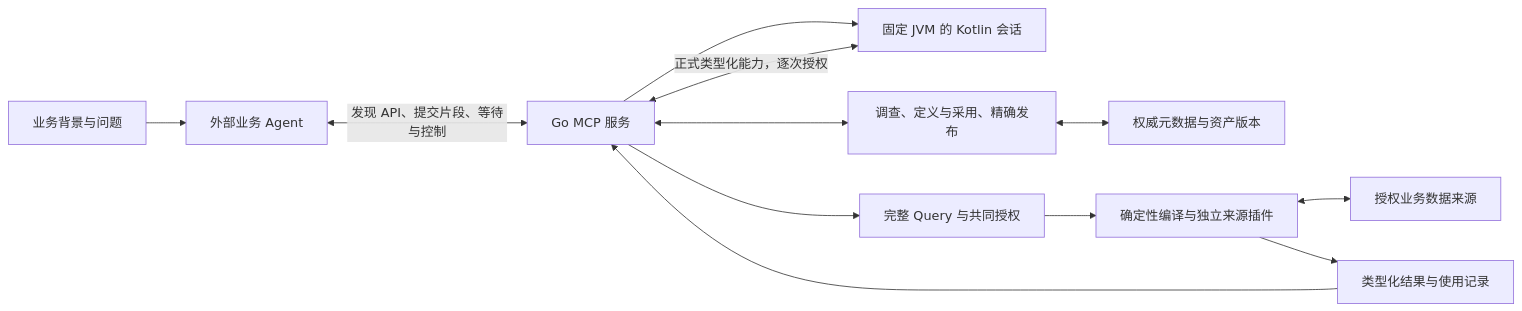
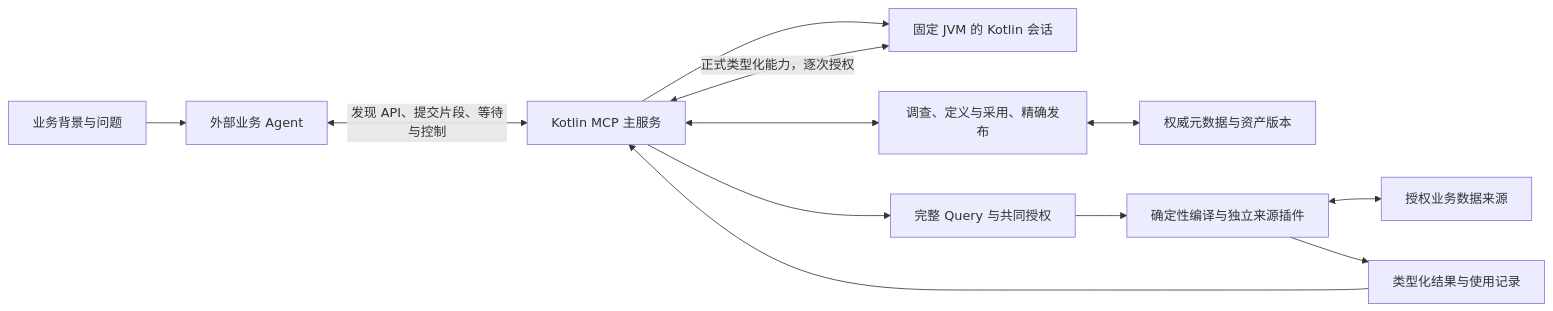
The diagram in docs/architecture.md (hanger-source/agentic-olap), drawn with Mermaid before and after one commit. The commit also changed other lines of this file and 194 other files, not shown here.

````diff
--- a/docs/architecture.md
+++ b/docs/architecture.md
@@ -30,14 +30,14 @@
 ```mermaid
 flowchart LR
     B[业务背景与问题] --> A[外部业务 Agent]
-    A <-->|发现 API、提交片段、等待与控制| S[Go MCP 服务]
+    A <-->|发现 API、提交片段、等待与控制| S[Kotlin MCP 主服务]
     S --> K[固定 JVM 的 Kotlin 会话]
     K <-->|正式类型化能力，逐次授权| S
     S <--> G[调查、定义与采用、精确发布]
     G <--> M[权威元数据与资产版本]
     S --> Q[完整 Query 与共同授权]
     Q --> E[确定性编译与独立来源插件]
     E <--> D[授权业务数据来源]
     E --> R[类型化结果与使用记录]
     R --> S
 ```
````
